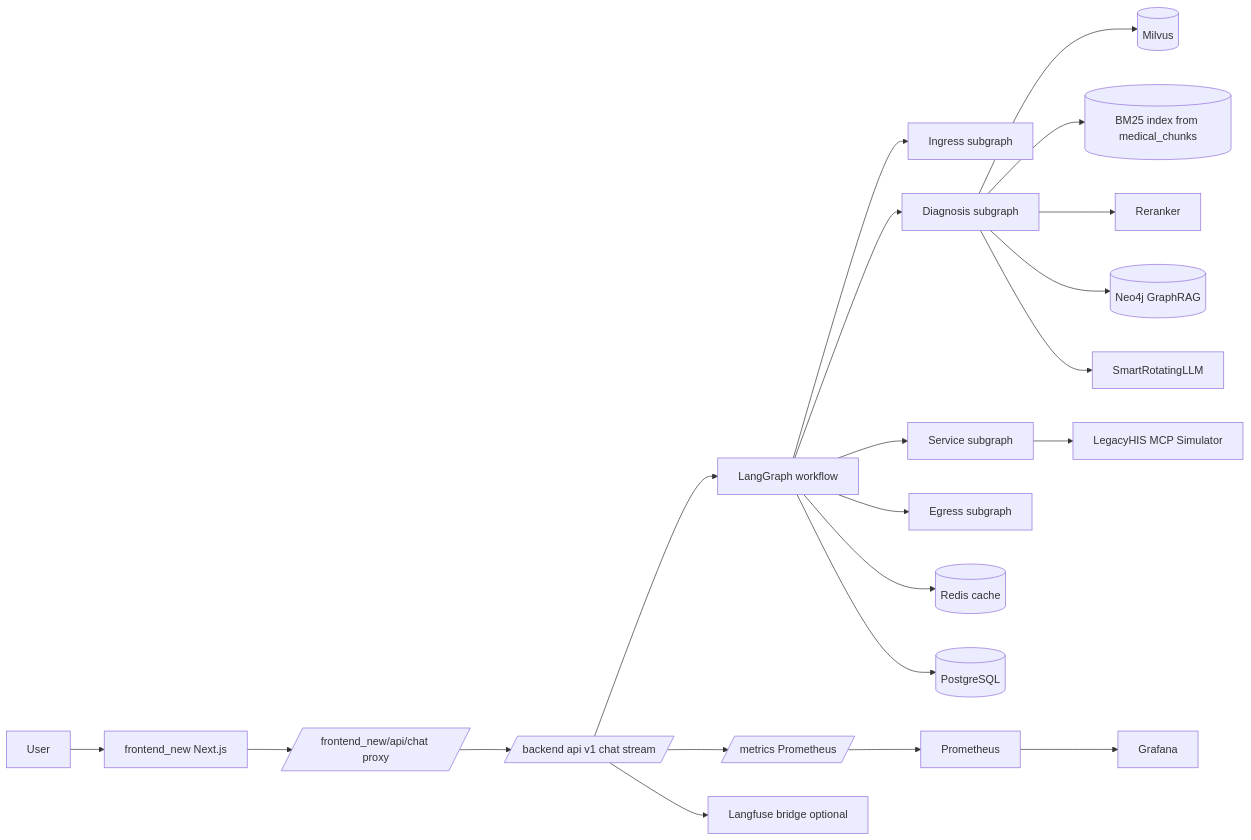
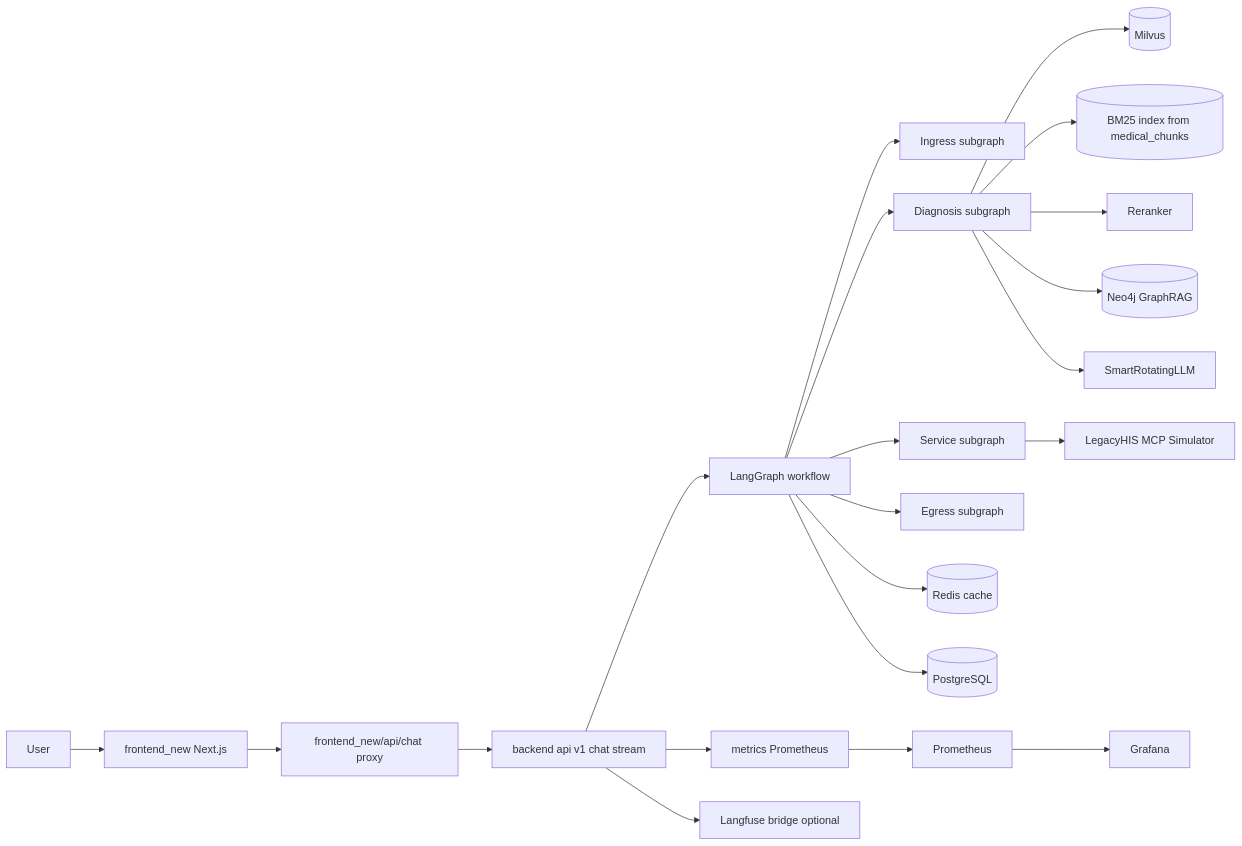
The first of 3 diagrams in README.md (standbyme626/smart_hospital_agent), drawn with Mermaid before and after one commit. The commit also changed other lines of this file, not shown here.

Commit message:
docs: fix mermaid rendering and deepen control-plane positioning

````diff
--- a/README.md
+++ b/README.md
@@ -109,28 +121,28 @@
 ```mermaid
 graph LR
     U[User] --> F[frontend_new Next.js]
-    F --> P[/frontend_new/api/chat proxy/]
-    P --> B[/backend api v1 chat stream/]
+    F --> P[frontend_new/api/chat proxy]
+    P --> B[backend api v1 chat stream]
 
     B --> W[LangGraph workflow]
     W --> I[Ingress subgraph]
     W --> D[Diagnosis subgraph]
     W --> S[Service subgraph]
     W --> E[Egress subgraph]
     W --> C[(Redis cache)]
     W --> R[(PostgreSQL)]
 
     D --> VS[(Milvus)]
     D --> BM[(BM25 index from medical_chunks)]
     D --> RR[Reranker]
     D --> G[(Neo4j GraphRAG)]
     D --> L[SmartRotatingLLM]
 
     S --> HIS[LegacyHIS MCP Simulator]
 
-    B --> M[/metrics Prometheus/]
+    B --> M[metrics Prometheus]
     M --> PR[Prometheus]
     PR --> GF[Grafana]
 
     B --> LF[Langfuse bridge optional]
 ```
````
